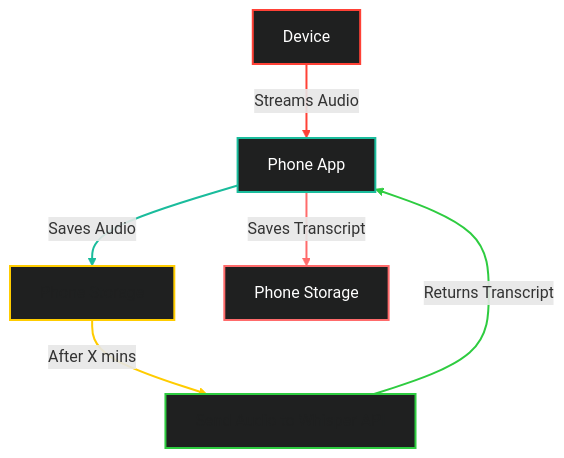
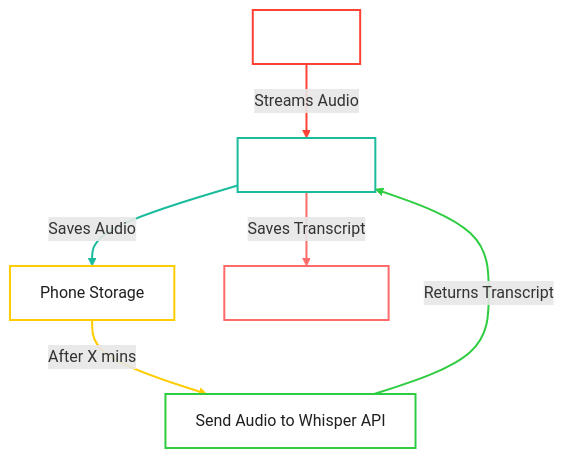
One commit to jagdish-15/omi-lfs-clean changed the diagram in README.md. Above: the diagram before and after it, drawn with Mermaid.

````diff
--- a/README.md
+++ b/README.md
@@ -21,20 +21,20 @@
 ```mermaid
 graph TD
 A[Device] -- Streams Audio --> B[Phone App]
 B -- Saves Audio --> C[Phone Storage]
 C -- After X mins --> D[Send Audio to Whisper API]
 D -- Returns Transcript --> B[Phone App]
 B -- Saves Transcript --> F[Phone Storage]
 
-style A fill:#1F2020, stroke:#FF4136, stroke-width:2px, color:#FFFFFF
-style B fill:#1F2020, stroke:#1ABC9C, stroke-width:2px, color:#FFFFFF
-style C fill:#1F2020, stroke:#FFCC00, stroke-width:2px, color:#1F2020
-style D fill:#1F2020, stroke:#2ECC40, stroke-width:2px, color:#1F2020
-style F fill:#1F2020, stroke:#FF6B6B, stroke-width:2px, color:#FFFFFF
+style A fill:#FFFFFF, stroke:#FF4136, stroke-width:2px, color:#FFFFFF
+style B fill:#FFFFFF, stroke:#1ABC9C, stroke-width:2px, color:#FFFFFF
+style C fill:#FFFFFF, stroke:#FFCC00, stroke-width:2px, color:#1F2020
+style D fill:#FFFFFF, stroke:#2ECC40, stroke-width:2px, color:#1F2020
+style F fill:#FFFFFF, stroke:#FF6B6B, stroke-width:2px, color:#FFFFFF
 
 linkStyle 0 stroke:#FF4136, stroke-width:2px
 linkStyle 1 stroke:#1ABC9C, stroke-width:2px
 linkStyle 2 stroke:#FFCC00, stroke-width:2px
 linkStyle 3 stroke:#2ECC40, stroke-width:2px
 linkStyle 4 stroke:#FF6B6B, stroke-width:2px
 ```
````
